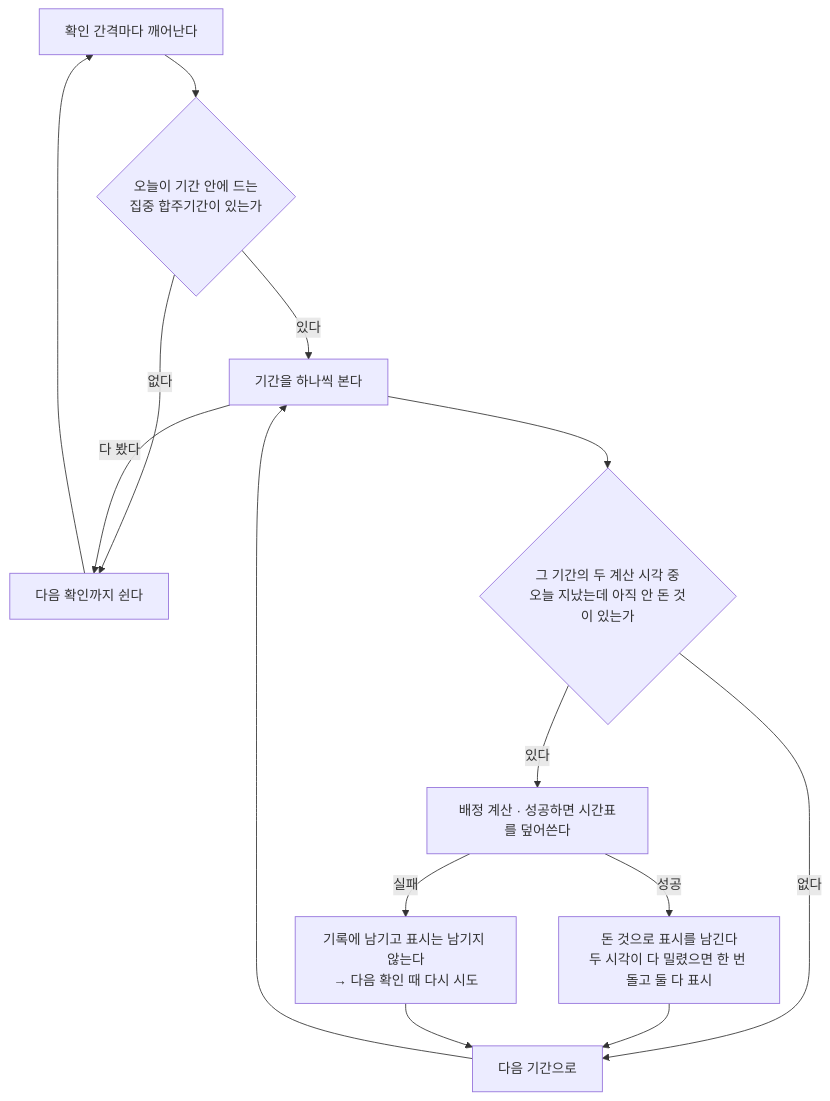
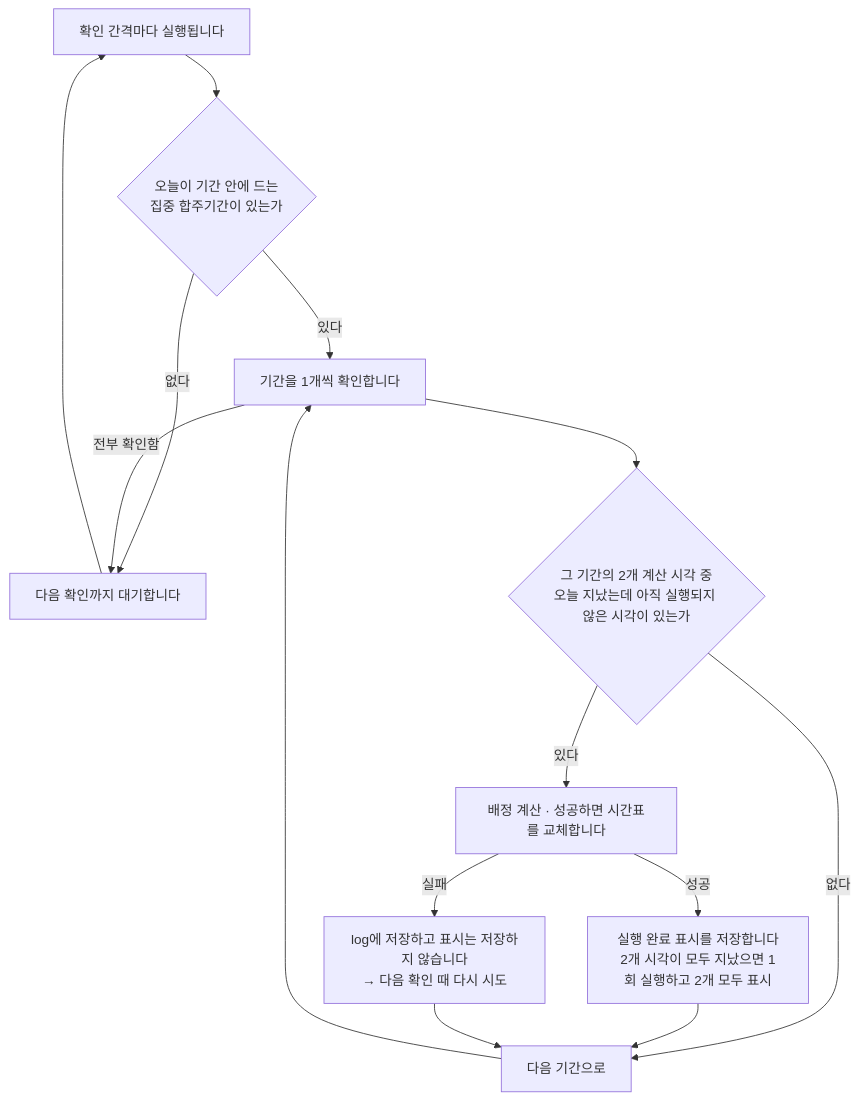
Before and after one commit to minkong-dev/Banblit: the second of 3 diagrams in .cluedoc/auto-assignment/README.md, drawn with Mermaid. The commit also changed other lines of this file and 188 other files, not shown here.

````diff
--- a/.cluedoc/auto-assignment/README.md
+++ b/.cluedoc/auto-assignment/README.md
@@ -139,16 +139,16 @@
 ```mermaid
 flowchart TD
-    W[확인 간격마다 깨어난다] --> P{오늘이 기간 안에 드는<br/>집중 합주기간이 있는가}
-    P -->|없다| S[다음 확인까지 쉰다]
-    P -->|있다| L[기간을 하나씩 본다]
-    L --> D{그 기간의 두 계산 시각 중<br/>오늘 지났는데 아직 안 돈 것이 있는가}
+    W[확인 간격마다 실행됩니다] --> P{오늘이 기간 안에 드는<br/>집중 합주기간이 있는가}
+    P -->|없다| S[다음 확인까지 대기합니다]
+    P -->|있다| L[기간을 1개씩 확인합니다]
+    L --> D{그 기간의 2개 계산 시각 중<br/>오늘 지났는데 아직 실행되지 않은 시각이 있는가}
     D -->|없다| N[다음 기간으로]
-    D -->|있다| C[배정 계산 · 성공하면 시간표를 덮어쓴다]
-    C -->|성공| M[돈 것으로 표시를 남긴다<br/>두 시각이 다 밀렸으면 한 번 돌고 둘 다 표시]
-    C -->|실패| E[기록에 남기고 표시는 남기지 않는다<br/>→ 다음 확인 때 다시 시도]
+    D -->|있다| C[배정 계산 · 성공하면 시간표를 교체합니다]
+    C -->|성공| M[실행 완료 표시를 저장합니다<br/>2개 시각이 모두 지났으면 1회 실행하고 2개 모두 표시]
+    C -->|실패| E[log에 저장하고 표시는 저장하지 않습니다<br/>→ 다음 확인 때 다시 시도]
     M --> N
     E --> N
     N --> L
-    L -->|다 봤다| S
+    L -->|전부 확인함| S
     S --> W
 ```
````
